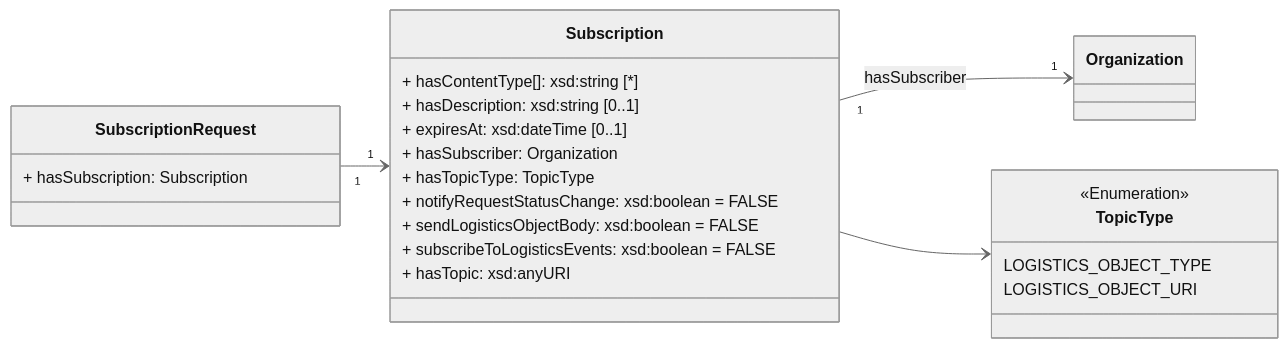
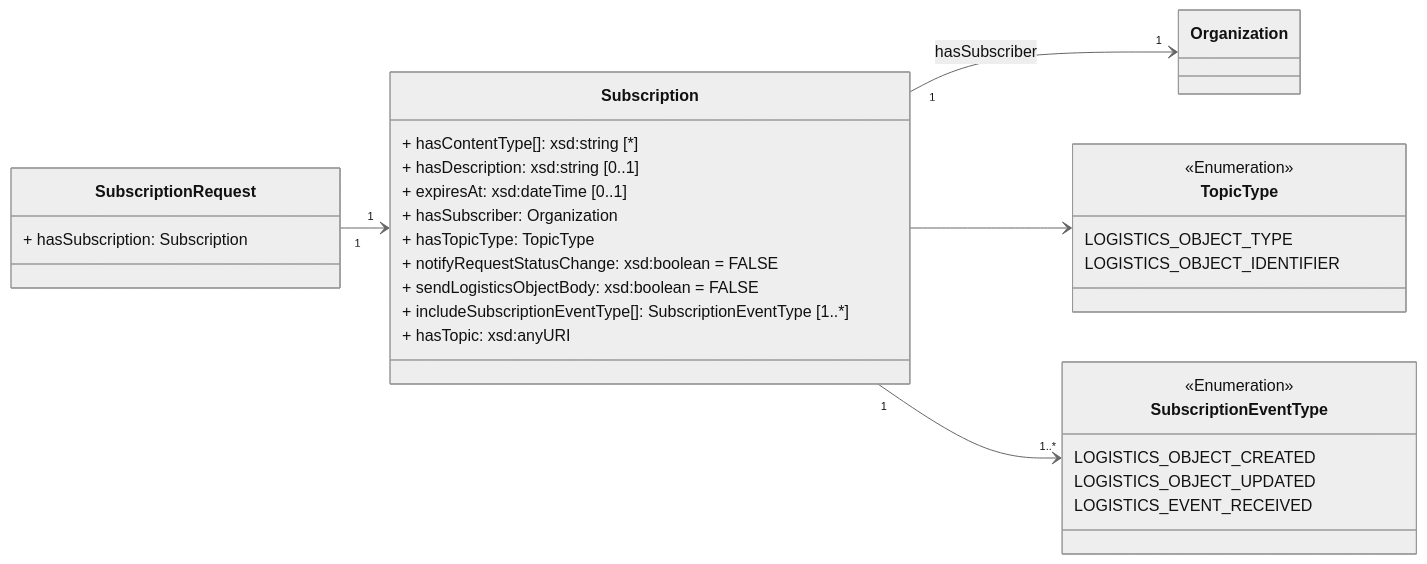
The first of 3 diagrams in working_draft/API/docs/subscriptions.md (IATA-Cargo/ONE-Record), drawn with Mermaid (neutral theme) before and after one commit. The commit also changed other lines of this file and 41 other files, not shown here.

````diff
--- a/working_draft/API/docs/subscriptions.md
+++ b/working_draft/API/docs/subscriptions.md
@@ -25,32 +25,40 @@
 ```mermaid
 classDiagram
     direction LR
 
     class Organization{
     }
 
     class SubscriptionRequest{
         + hasSubscription: Subscription
     }   
     SubscriptionRequest "1" --> "1" Subscription
 
     class Subscription{        
         + hasContentType[]: xsd:string [*]
         + hasDescription: xsd:string [0..1]
         + expiresAt: xsd:dateTime [0..1]                                
         + hasSubscriber: Organization        
         + hasTopicType: TopicType        
-                + notifyRequestStatusChange: xsd:boolean = FALSE
-        + sendLogisticsObjectBody: xsd:boolean = FALSE        
-        + subscribeToLogisticsEvents: xsd:boolean = FALSE
+        + notifyRequestStatusChange: xsd:boolean = FALSE
+        + sendLogisticsObjectBody: xsd:boolean = FALSE 
+        + includeSubscriptionEventType[]: SubscriptionEventType [1..*]     
         + hasTopic: xsd:anyURI        
     }    
     Subscription "1" --> "1" Organization: hasSubscriber
     Subscription --> TopicType
+    Subscription "1" --> "1..*" SubscriptionEventType
 
     class TopicType{
         <<Enumeration>>
         LOGISTICS_OBJECT_TYPE
-        LOGISTICS_OBJECT_URI
+        LOGISTICS_OBJECT_IDENTIFIER
+    }
+
+    class SubscriptionEventType{
+        <<Enumeration>>
+        LOGISTICS_OBJECT_CREATED
+        LOGISTICS_OBJECT_UPDATED
+        LOGISTICS_EVENT_RECEIVED
     }
 ```
````
